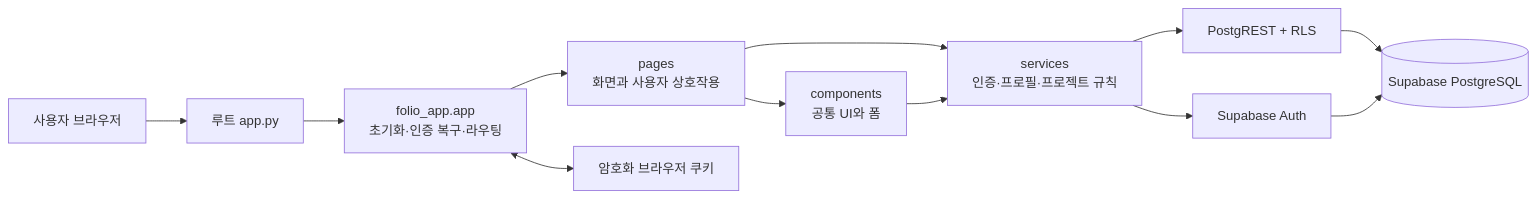
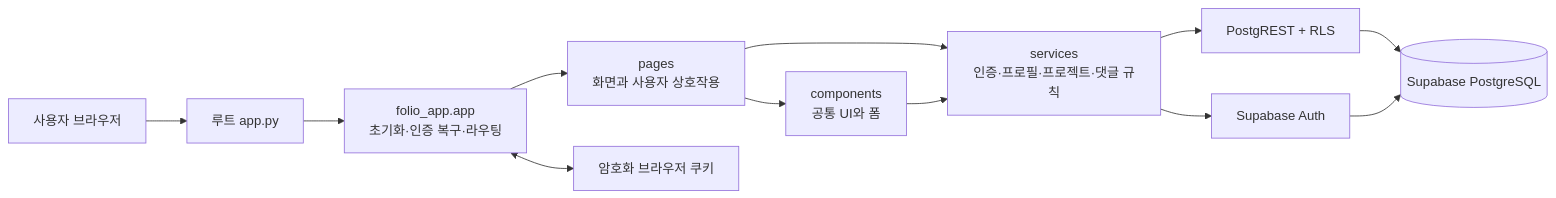
One commit to Snowball-Impact/folio changed the first of 5 diagrams in docs/ARCHITECTURE.md. Above: the diagram before and after it, drawn with Mermaid. The commit also changed other lines of this file and 5 other files, not shown here.

Commit message:
docs: update architecture after refactor

````diff
--- a/docs/ARCHITECTURE.md
+++ b/docs/ARCHITECTURE.md
@@ -9,23 +9,23 @@
 ```mermaid
 flowchart LR
     User[사용자 브라우저]
     Entry[루트 app.py]
     Coordinator[folio_app.app<br/>초기화·인증 복구·라우팅]
     Pages[pages<br/>화면과 사용자 상호작용]
     Components[components<br/>공통 UI와 폼]
-    Services[services<br/>인증·프로필·프로젝트 규칙]
+    Services[services<br/>인증·프로필·프로젝트·댓글 규칙]
     Auth[Supabase Auth]
     RLS[PostgREST + RLS]
     DB[(Supabase PostgreSQL)]
     Cookie[암호화 브라우저 쿠키]
 
     User --> Entry --> Coordinator
     Coordinator --> Pages
     Pages --> Components
     Pages --> Services
     Components --> Services
     Services --> Auth
     Services --> RLS --> DB
     Coordinator <--> Cookie
     Auth --> DB
 ```
````
